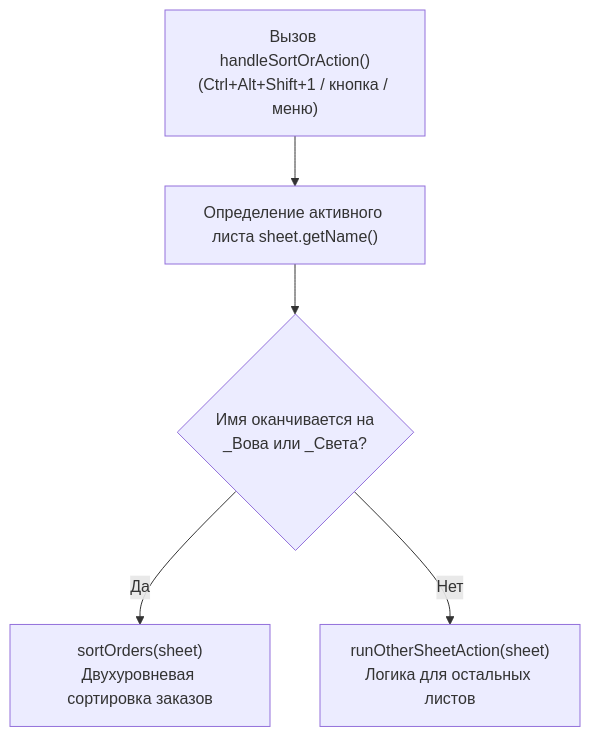
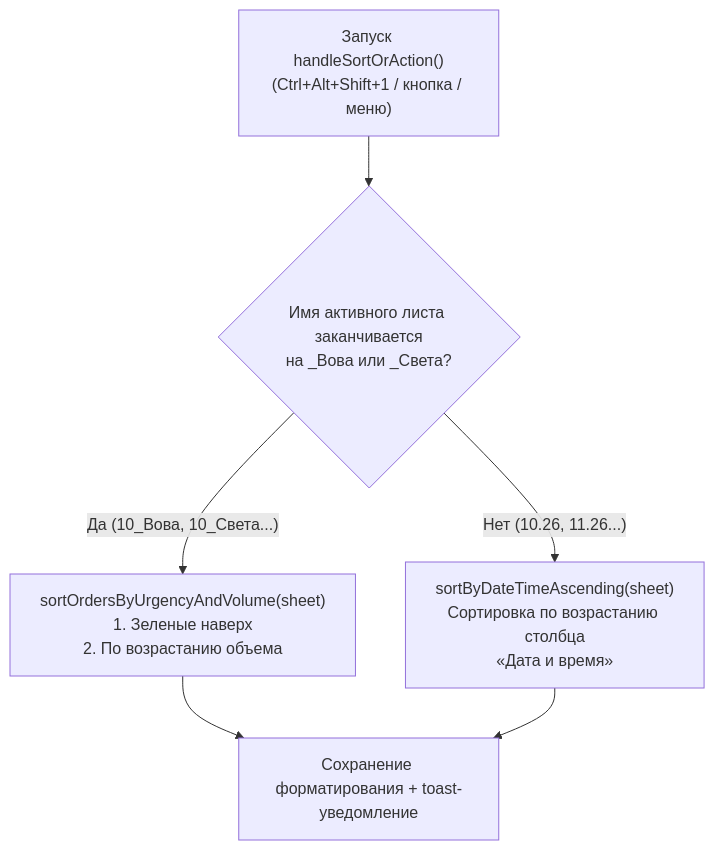
One commit to Tradukinto/google-sheets-scripts changed the diagram in order-sorting/README.md. Above: the diagram before and after it, drawn with Mermaid. The commit also changed other lines of this file and 1 other file, not shown here.

````diff
--- a/order-sorting/README.md
+++ b/order-sorting/README.md
@@ -27,7 +43,8 @@
 ```mermaid
 flowchart TD
-    Start["Вызов handleSortOrAction()<br>(Ctrl+Alt+Shift+1 / кнопка / меню)"] --> GetSheet["Определение активного листа sheet.getName()"]
-    GetSheet --> CheckName{"Имя оканчивается на<br>_Вова или _Света?"}
-    CheckName -- "Да" --> Sort["sortOrders(sheet)<br>Двухуровневая сортировка заказов"]
-    CheckName -- "Нет" --> Other["runOtherSheetAction(sheet)<br>Логика для остальных листов"]
+    Start["Запуск handleSortOrAction()<br>(Ctrl+Alt+Shift+1 / кнопка / меню)"] --> Check{"Имя активного листа заканчивается<br>на _Вова или _Света?"}
+    Check -- "Да (10_Вова, 10_Света...)" --> Mode1["sortOrdersByUrgencyAndVolume(sheet)<br>1. Зеленые наверх<br>2. По возрастанию объема"]
+    Check -- "Нет (10.26, 11.26...)" --> Mode2["sortByDateTimeAscending(sheet)<br>Сортировка по возрастанию столбца<br>«Дата и время»"]
+    Mode1 --> Finish["Сохранение форматирования + toast-уведомление"]
+    Mode2 --> Finish
 ```
````
